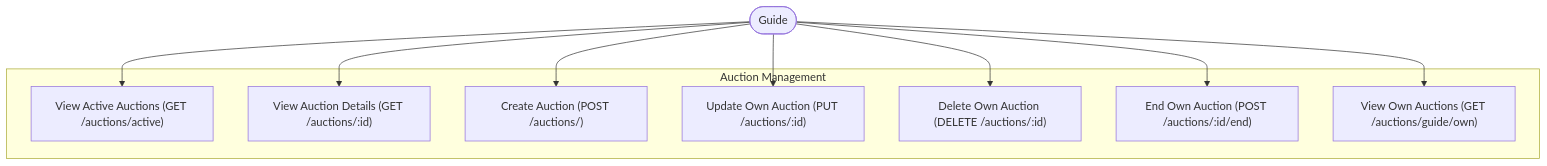
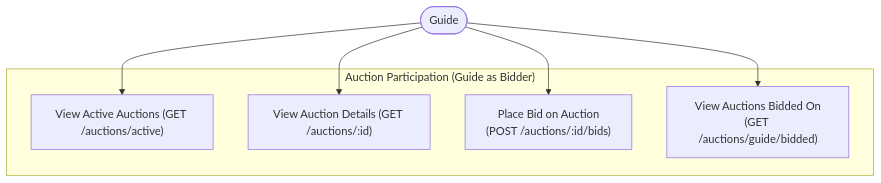
Before and after one commit to vegasLas/trip-back: the fourth of 8 diagrams in mermaid/guide-gemini.md, drawn with Mermaid. The commit also changed other lines of this file and 8 other files, not shown here.

````diff
--- a/mermaid/guide-gemini.md
+++ b/mermaid/guide-gemini.md
@@ -59,22 +59,16 @@
 ```mermaid
 graph TD
-    subgraph "Auction Management"
-        AUC1["View Active Auctions (GET /auctions/active)"]
-        AUC2["View Auction Details (GET /auctions/:id)"]
-        AUC3["Create Auction (POST /auctions/)"]
-        AUC4["Update Own Auction (PUT /auctions/:id)"]
-        AUC5["Delete Own Auction (DELETE /auctions/:id)"]
-        AUC6["End Own Auction (POST /auctions/:id/end)"]
-        AUC7["View Own Auctions (GET /auctions/guide/own)"]
+    subgraph "Auction Participation (Guide as Bidder)"
+        AUC_P1["View Active Auctions (GET /auctions/active)"]
+        AUC_P2["View Auction Details (GET /auctions/:id)"]
+        AUC_P3["Place Bid on Auction<br>(POST /auctions/:id/bids)"]
+        AUC_P4["View Auctions Bidded On<br>(GET /auctions/guide/bidded)"]
     end
 
-    GuideUser(["Guide"])
+    GuideUser([Guide])
 
-    GuideUser --> AUC1
-    GuideUser --> AUC2
-    GuideUser --> AUC3
-    GuideUser --> AUC4
-    GuideUser --> AUC5
-    GuideUser --> AUC6
-    GuideUser --> AUC7
+    GuideUser --> AUC_P1
+    GuideUser --> AUC_P2
+    GuideUser --> AUC_P3
+    GuideUser --> AUC_P4
 ```
````
